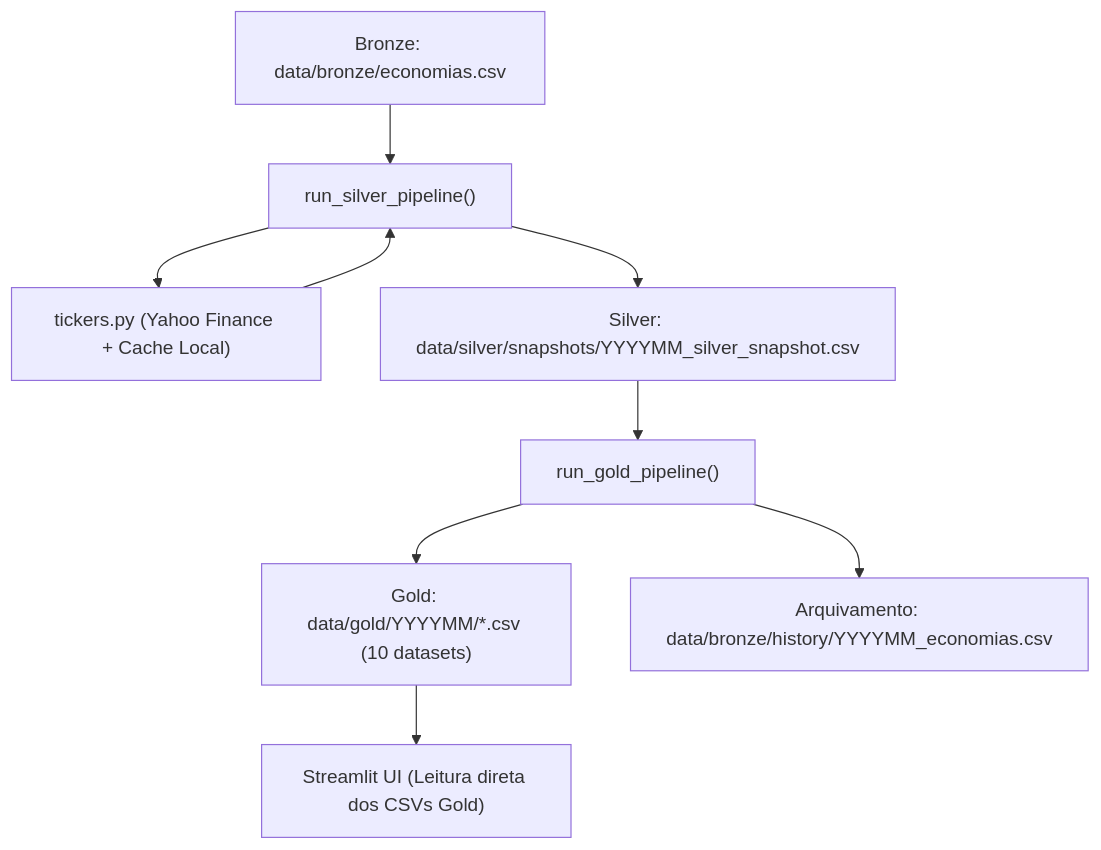
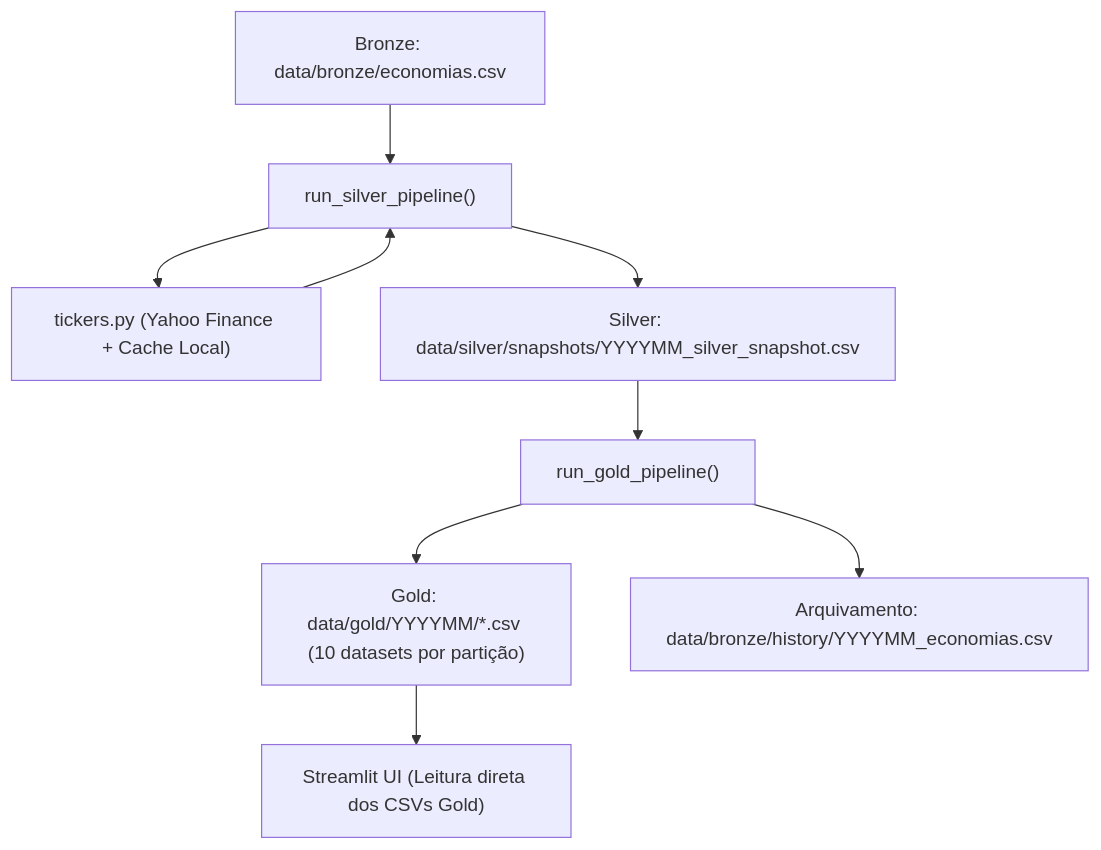
Before and after one commit to thpgoncalves/investment-visualizer: the diagram in README.MD, drawn with Mermaid. The commit also changed other lines of this file and 1 other file, not shown here.

````diff
--- a/README.MD
+++ b/README.MD
@@ -84,11 +84,11 @@
 ```mermaid
 flowchart TD
     A["Bronze: data/bronze/economias.csv"] --> B["run_silver_pipeline()"]
     B --> C["tickers.py (Yahoo Finance + Cache Local)"]
     C --> B
     B --> D["Silver: data/silver/snapshots/YYYYMM_silver_snapshot.csv"]
     D --> E["run_gold_pipeline()"]
-    E --> F["Gold: data/gold/YYYYMM/*.csv (10 datasets)"]
+    E --> F["Gold: data/gold/YYYYMM/*.csv (10 datasets por partição)"]
     E --> G["Arquivamento: data/bronze/history/YYYYMM_economias.csv"]
     F --> H["Streamlit UI (Leitura direta dos CSVs Gold)"]
 ```
````
